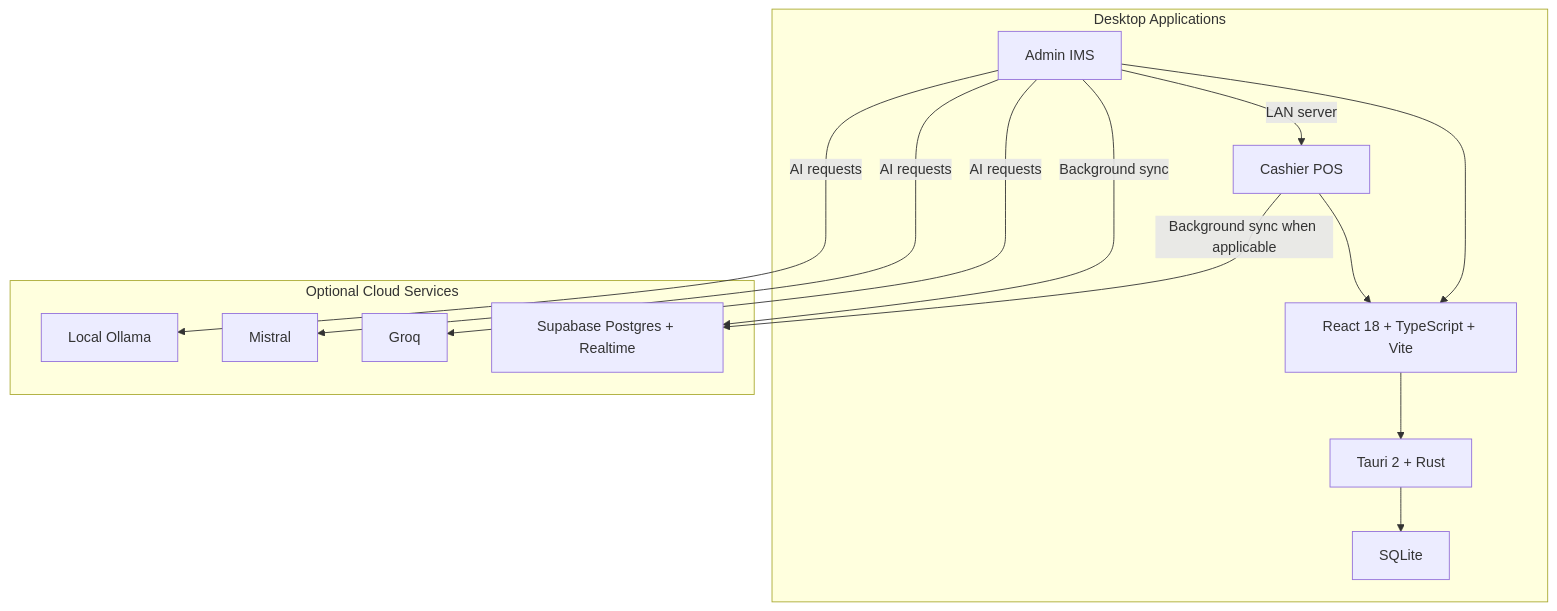
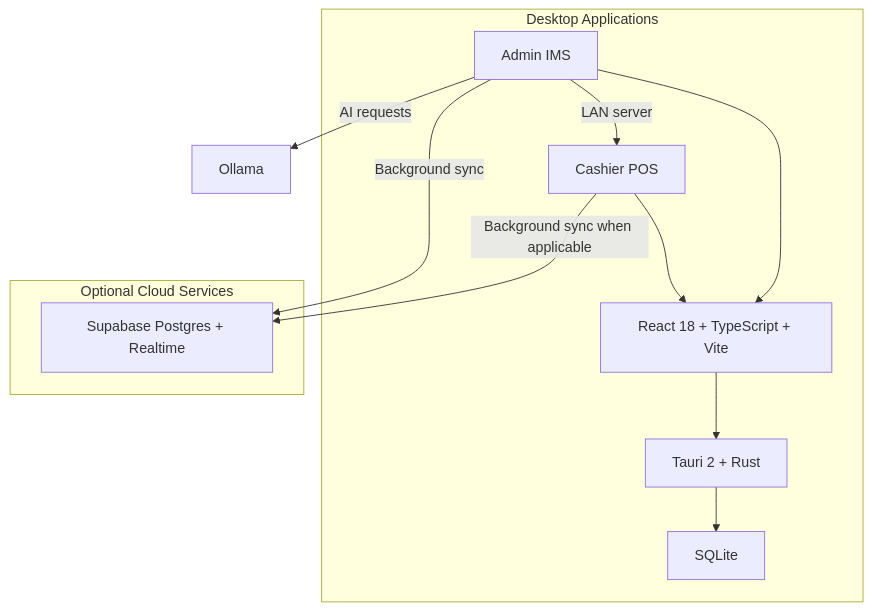
The diagram in README.md (BootlegYouki/at-iba-pa-pos), drawn with Mermaid before and after one commit. The commit also changed other lines of this file and 10 other files, not shown here.

````diff
--- a/README.md
+++ b/README.md
@@ -145,28 +149,23 @@
 ```mermaid
 graph TB
     subgraph Desktop["Desktop Applications"]
         Admin["Admin IMS"]
         Cashier["Cashier POS"]
         UI["React 18 + TypeScript + Vite"]
         Rust["Tauri 2 + Rust"]
         SQLite["SQLite"]
         UI --> Rust
         Rust --> SQLite
         Admin --> UI
         Cashier --> UI
     end
 
     subgraph Cloud["Optional Cloud Services"]
         Supabase["Supabase Postgres + Realtime"]
-        Groq["Groq"]
-        Mistral["Mistral"]
-        Ollama["Local Ollama"]
     end
 
     Admin -->|"LAN server"| Cashier
     Admin -->|"Background sync"| Supabase
     Cashier -->|"Background sync when applicable"| Supabase
-    Admin -->|"AI requests"| Groq
-    Admin -->|"AI requests"| Mistral
     Admin -->|"AI requests"| Ollama
 ```
````
